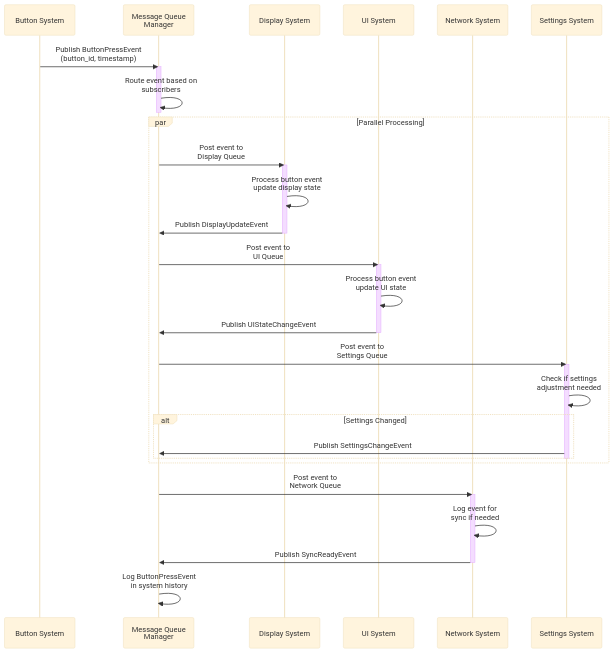
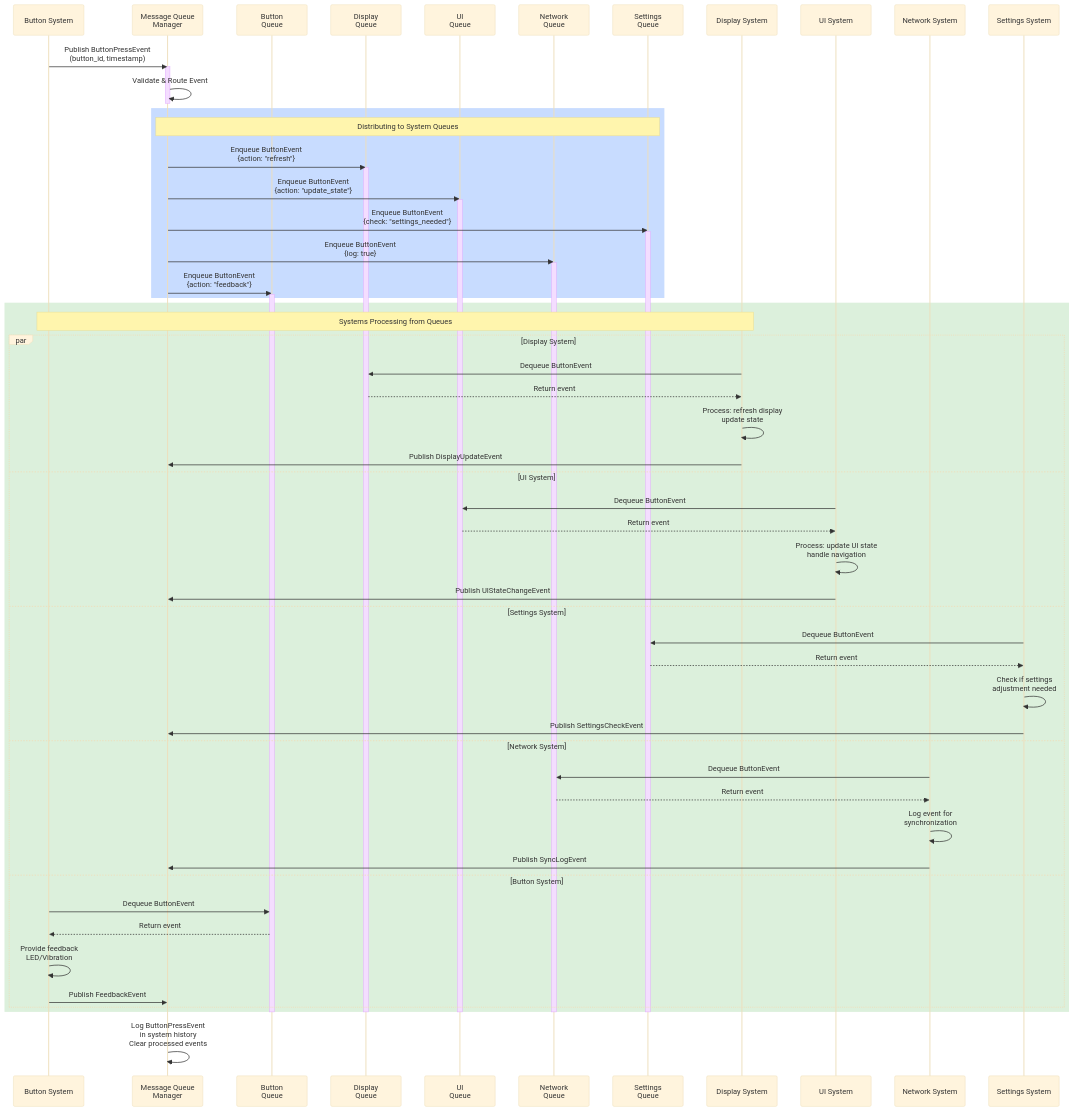
Before and after one commit to TNH510/NeoWatch: the first of 2 diagrams in docs/sdd/system_manager/SDD_System_Manager.md, drawn with Mermaid (base theme). The commit also changed other lines of this file, not shown here.

Commit message:
enhance: Update Button Press Event Flow with System Queues and Queue Management Features

````diff
--- a/docs/sdd/system_manager/SDD_System_Manager.md
+++ b/docs/sdd/system_manager/SDD_System_Manager.md
@@ -96,44 +96,77 @@
 ```mermaid
 sequenceDiagram
     participant Button as Button System
     participant MQM as Message Queue<br/>Manager
+    participant BtnQ as Button<br/>Queue
+    participant DispQ as Display<br/>Queue
+    participant UIQ as UI<br/>Queue
+    participant NetQ as Network<br/>Queue
+    participant SetQ as Settings<br/>Queue
     participant Display as Display System
     participant UI as UI System
     participant Network as Network System
     participant Settings as Settings System
 
     Button->>MQM: Publish ButtonPressEvent<br/>(button_id, timestamp)
     activate MQM
-    MQM->>MQM: Route event based on<br/>subscribers
+    MQM->>MQM: Validate & Route Event
     deactivate MQM
 
-    par Parallel Processing
-        MQM->>Display: Post event to<br/>Display Queue
-        activate Display
-        Display->>Display: Process button event<br/>update display state
-        Display->>MQM: Publish DisplayUpdateEvent
-        deactivate Display
-
-        MQM->>UI: Post event to<br/>UI Queue
-        activate UI
-        UI->>UI: Process button event<br/>update UI state
-        UI->>MQM: Publish UIStateChangeEvent
-        deactivate UI
-
-        MQM->>Settings: Post event to<br/>Settings Queue
-        activate Settings
-        Settings->>Settings: Check if settings<br/>adjustment needed
-        alt Settings Changed
-            Settings->>MQM: Publish SettingsChangeEvent
-        end
-        deactivate Settings
+    rect rgb(200, 220, 255)
+    note over MQM,SetQ: Distributing to System Queues
+    
+    MQM->>DispQ: Enqueue ButtonEvent<br/>{action: "refresh"}
+    activate DispQ
+    
+    MQM->>UIQ: Enqueue ButtonEvent<br/>{action: "update_state"}
+    activate UIQ
+    
+    MQM->>SetQ: Enqueue ButtonEvent<br/>{check: "settings_needed"}
+    activate SetQ
+    
+    MQM->>NetQ: Enqueue ButtonEvent<br/>{log: true}
+    activate NetQ
+    
+    MQM->>BtnQ: Enqueue ButtonEvent<br/>{action: "feedback"}
+    activate BtnQ
     end
 
-    MQM->>Network: Post event to<br/>Network Queue
-    activate Network
-    Network->>Network: Log event for<br/>sync if needed
-    Network->>MQM: Publish SyncReadyEvent
-    deactivate Network
+    rect rgb(220, 240, 220)
+    note over Display,Button: Systems Processing from Queues
+    
+    par Display System
+        Display->>DispQ: Dequeue ButtonEvent
+        DispQ-->>Display: Return event
+        Display->>Display: Process: refresh display<br/>update state
+        Display->>MQM: Publish DisplayUpdateEvent
+    and UI System
+        UI->>UIQ: Dequeue ButtonEvent
+        UIQ-->>UI: Return event
+        UI->>UI: Process: update UI state<br/>handle navigation
+        UI->>MQM: Publish UIStateChangeEvent
+    and Settings System
+        Settings->>SetQ: Dequeue ButtonEvent
+        SetQ-->>Settings: Return event
+        Settings->>Settings: Check if settings<br/>adjustment needed
+        Settings->>MQM: Publish SettingsCheckEvent
+    and Network System
+        Network->>NetQ: Dequeue ButtonEvent
+        NetQ-->>Network: Return event
+        Network->>Network: Log event for<br/>synchronization
+        Network->>MQM: Publish SyncLogEvent
+    and Button System
+        Button->>BtnQ: Dequeue ButtonEvent
+        BtnQ-->>Button: Return event
+        Button->>Button: Provide feedback<br/>LED/Vibration
+        Button->>MQM: Publish FeedbackEvent
+    end
+    end
 
-    MQM->>MQM: Log ButtonPressEvent<br/>in system history
+    deactivate DispQ
+    deactivate UIQ
+    deactivate SetQ
+    deactivate NetQ
+    deactivate BtnQ
+
+    MQM->>MQM: Log ButtonPressEvent<br/>in system history<br/>Clear processed events
 ```
````
